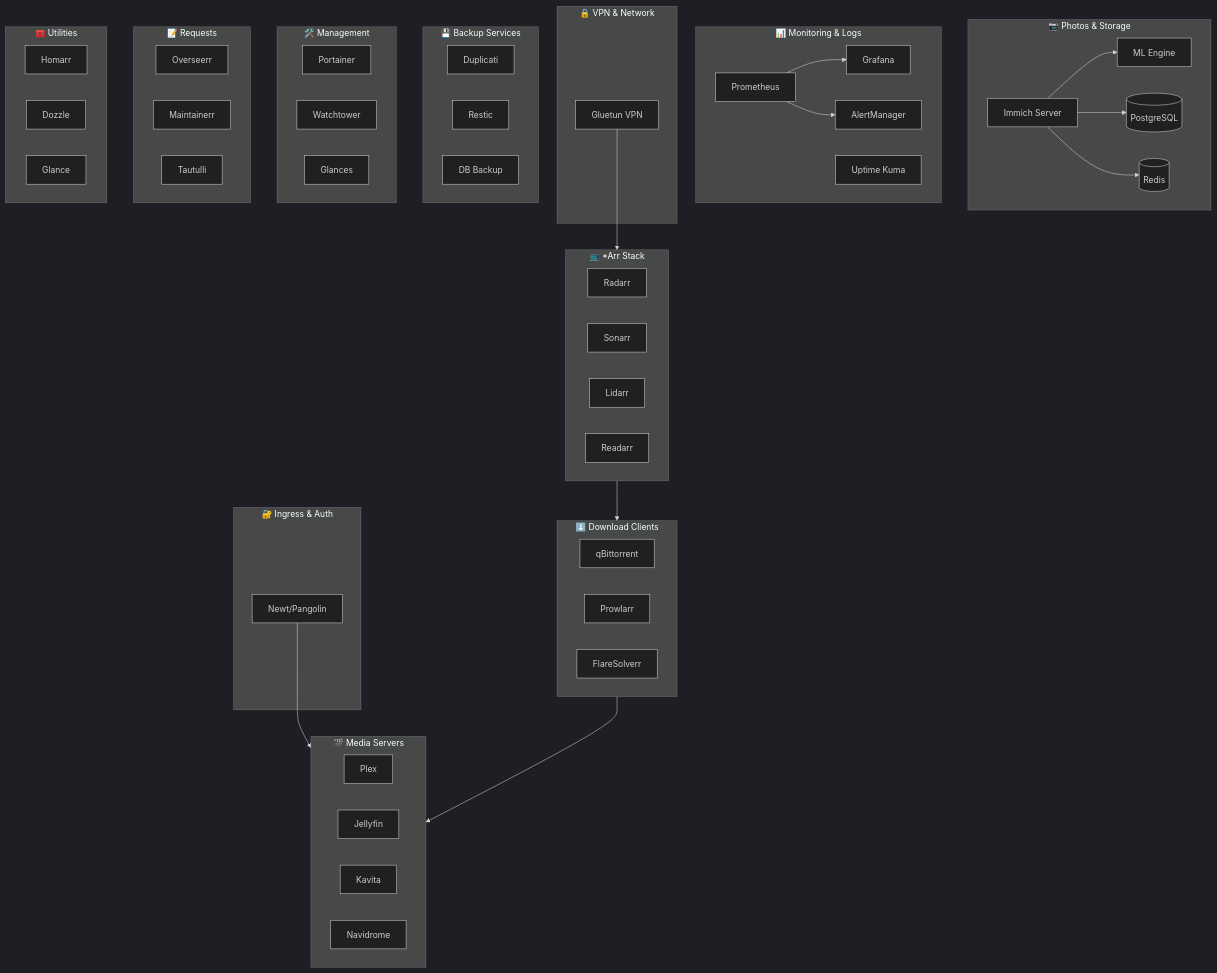
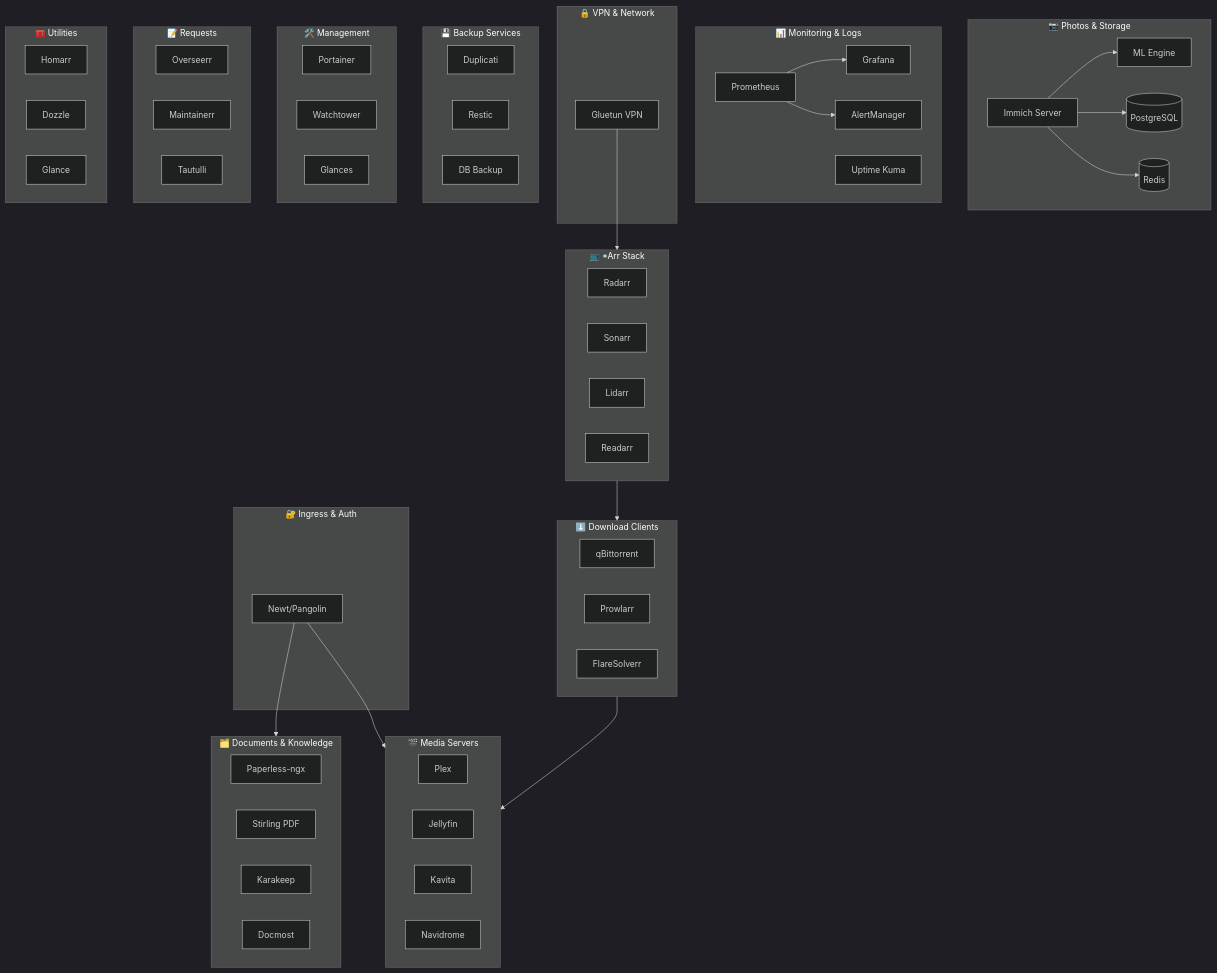
The first of 14 diagrams in docs/architecture.md (manumanohar11/homelab), drawn with Mermaid (dark theme) before and after one commit. The commit also changed other lines of this file and 11 other files, not shown here.

```diff
--- a/docs/architecture.md
+++ b/docs/architecture.md
@@ -46,6 +46,13 @@
         Grafana[Grafana]
         AlertManager[AlertManager]
         UptimeKuma[Uptime Kuma]
+    end
+
+    subgraph KNOWLEDGE["🗂️ Documents & Knowledge"]
+        Paperless[Paperless-ngx]
+        Stirling[Stirling PDF]
+        Karakeep[Karakeep]
+        Docmost[Docmost]
     end
 
     subgraph VPN["🔒 VPN & Network"]
@@ -90,6 +97,7 @@
     end
 
     Newt --> MEDIA
+    Newt --> KNOWLEDGE
     Gluetun --> ARR
     ARR --> DOWNLOAD
     DOWNLOAD --> MEDIA
```
